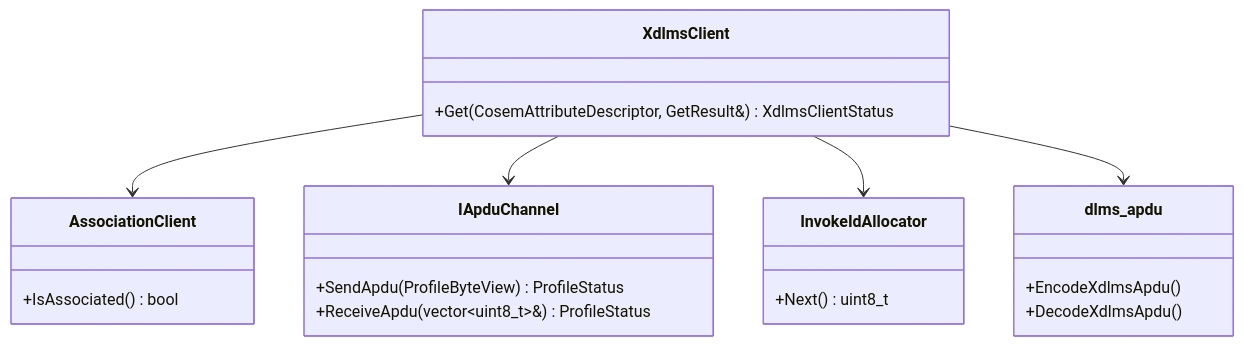
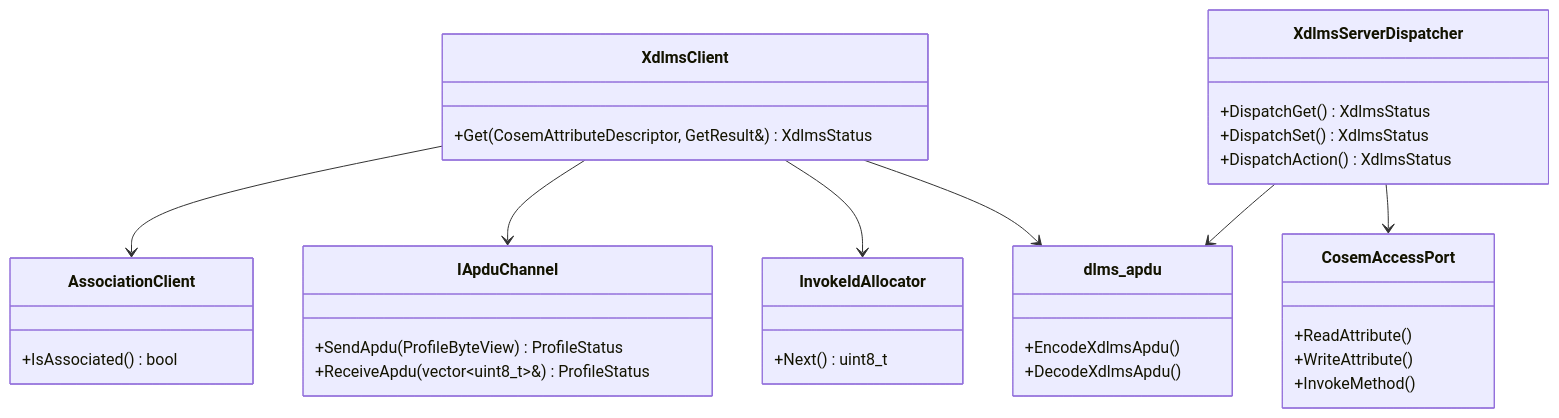
One commit to gvtret/dlms-xdlms changed the third of 3 diagrams in docs/architecture.md. Above: the diagram before and after it, drawn with Mermaid. The commit also changed other lines of this file and 14 other files, not shown here.

First line of the commit message:
refactor(xdlms): rename layer from xdlms-client

````diff
--- a/docs/architecture.md
+++ b/docs/architecture.md
@@ -41,29 +45,43 @@
 ```mermaid
 classDiagram
   class XdlmsClient {
-    +Get(CosemAttributeDescriptor, GetResult&) XdlmsClientStatus
+    +Get(CosemAttributeDescriptor, GetResult&) XdlmsStatus
   }
 
   class AssociationClient {
     +IsAssociated() bool
   }
 
   class IApduChannel {
     +SendApdu(ProfileByteView) ProfileStatus
     +ReceiveApdu(vector~uint8_t~&) ProfileStatus
   }
 
   class InvokeIdAllocator {
     +Next() uint8_t
   }
 
+  class XdlmsServerDispatcher {
+    +DispatchGet() XdlmsStatus
+    +DispatchSet() XdlmsStatus
+    +DispatchAction() XdlmsStatus
+  }
+
+  class CosemAccessPort {
+    +ReadAttribute()
+    +WriteAttribute()
+    +InvokeMethod()
+  }
+
   class dlms_apdu {
     +EncodeXdlmsApdu()
     +DecodeXdlmsApdu()
   }
 
   XdlmsClient --> AssociationClient
   XdlmsClient --> IApduChannel
   XdlmsClient --> InvokeIdAllocator
   XdlmsClient --> dlms_apdu
+  XdlmsServerDispatcher --> CosemAccessPort
+  XdlmsServerDispatcher --> dlms_apdu
 ```
````
